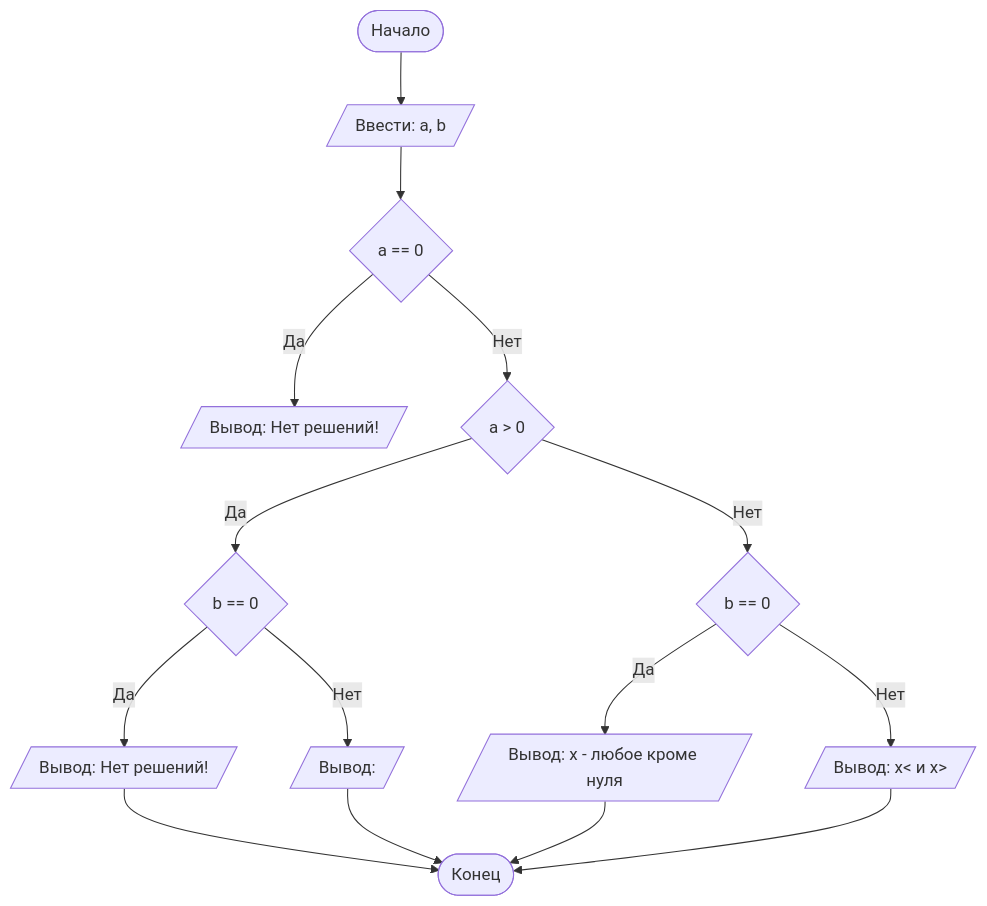
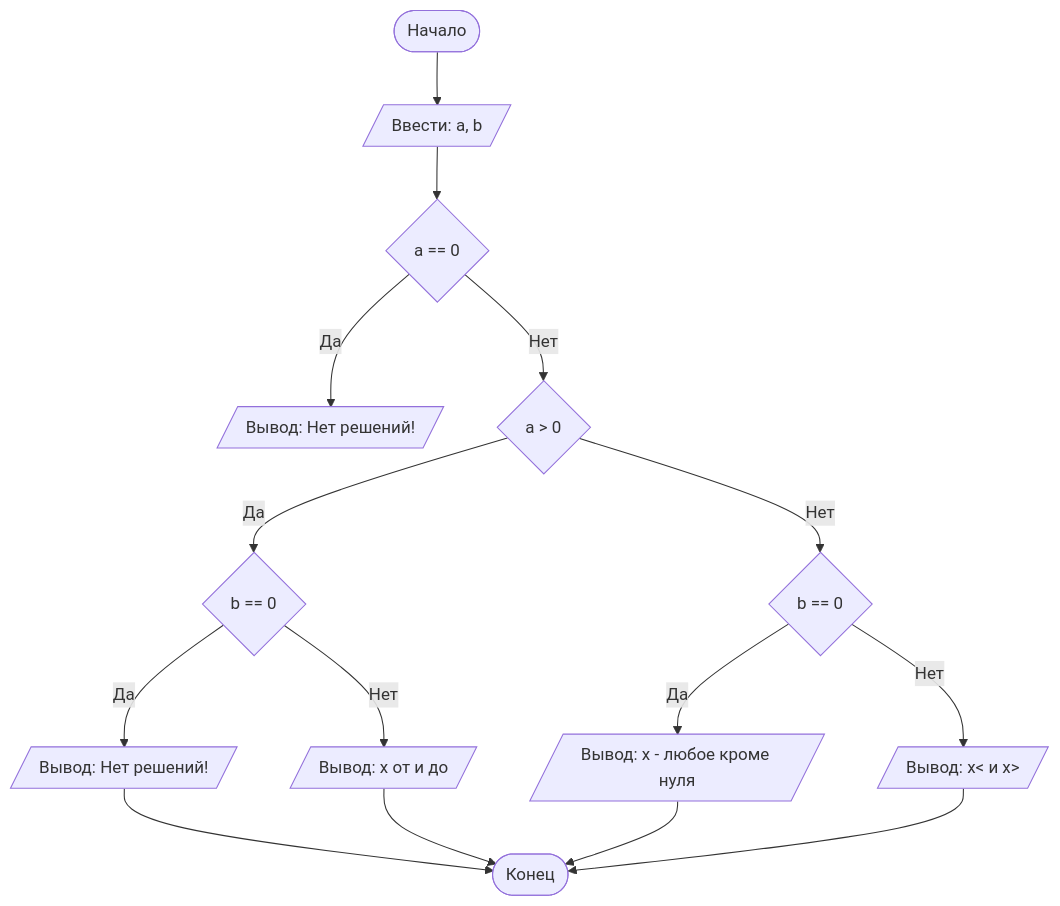
The diagram in README.md (vadim2004pleshakov/Lab1), drawn with Mermaid before and after one commit.

Commit message:
README.md

````diff
--- a/README.md
+++ b/README.md
@@ -85,18 +85,18 @@
 ```mermaid
 graph TD
     A([Начало]) --> B[/Ввести: a, b/]
     B -->C{a == 0}
     C -- Да --> D[/Вывод: Нет решений!/]
     C -- Нет --> E{a > 0}
     E -- Да --> F{b == 0}
     F -- Да --> G[/Вывод: Нет решений!/]
-    F -- Нет --> T[/Вывод: <x</]
+    F -- Нет --> T[/Вывод: x от и до/]
     E -- Нет --> I{b == 0}
     I -- Да --> J[/Вывод: x - любое кроме нуля/]
     I -- Нет --> K[/Вывод: x< и x>/]
     G --> L
     T --> L
     J --> L
     K --> L([Конец])
 
 ```
````
